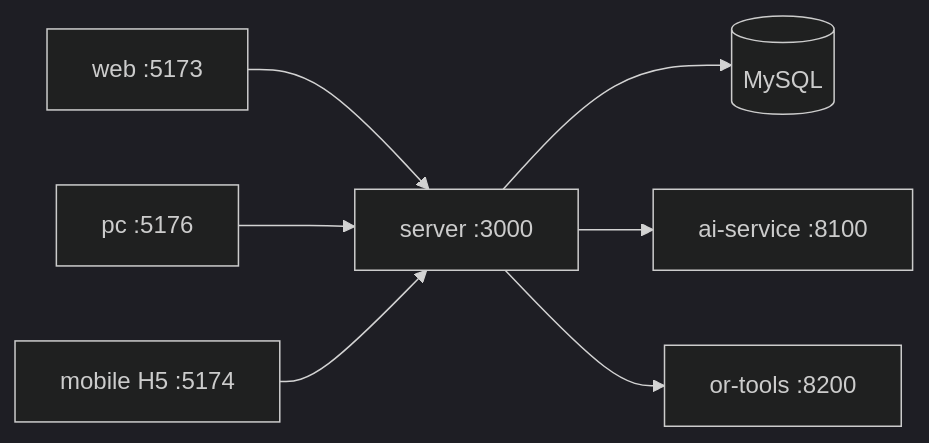
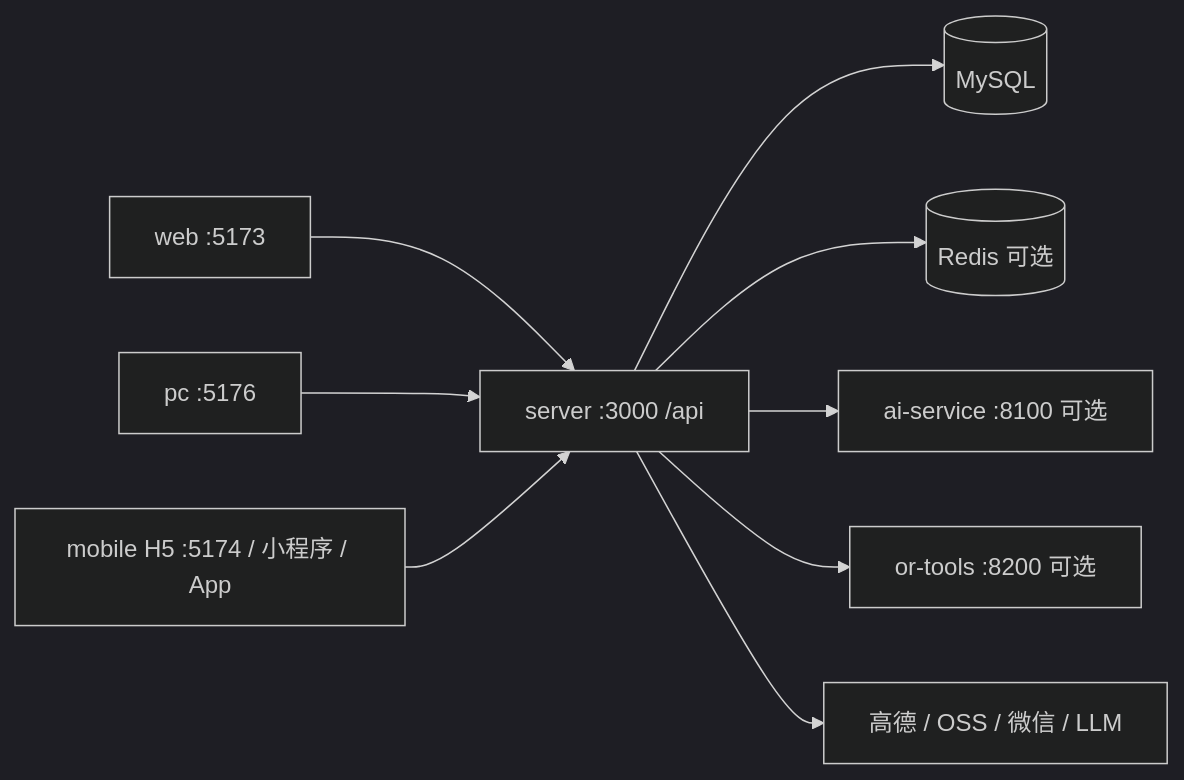
The diagram in docs/项目分析总结.md (yxtao-lab/douxing), drawn with Mermaid (dark theme) before and after one commit. The commit also changed other lines of this file, not shown here.

````diff
--- a/docs/项目分析总结.md
+++ b/docs/项目分析总结.md
@@ -102,9 +114,11 @@
 ```mermaid
 flowchart LR
-  Web["web :5173"] --> API["server :3000"]
+  Web["web :5173"] --> API["server :3000 /api"]
   PC["pc :5176"] --> API
-  Mobile["mobile H5 :5174"] --> API
+  Mobile["mobile H5 :5174 / 小程序 / App"] --> API
   API --> MySQL[(MySQL)]
-  API --> AI["ai-service :8100"]
-  API --> Solver["or-tools :8200"]
+  API --> Redis[(Redis 可选)]
+  API --> AI["ai-service :8100 可选"]
+  API --> Solver["or-tools :8200 可选"]
+  API --> Ext["高德 / OSS / 微信 / LLM"]
 ```
````
